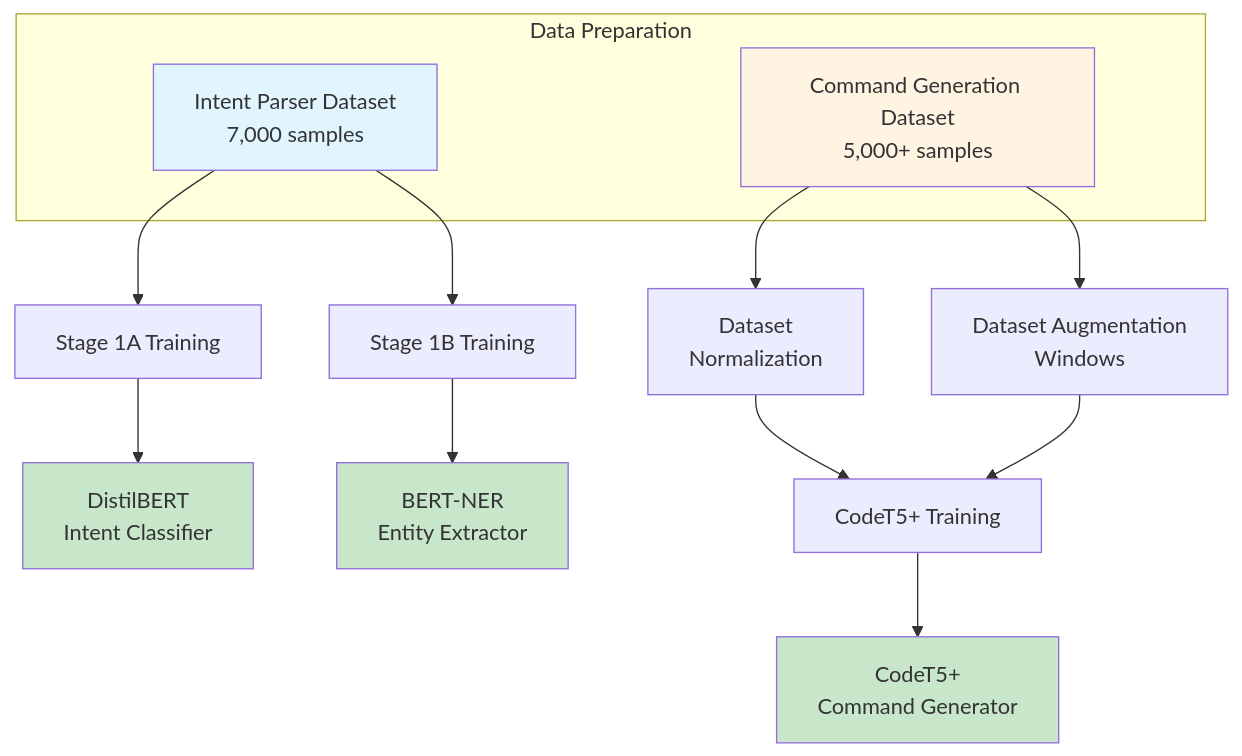
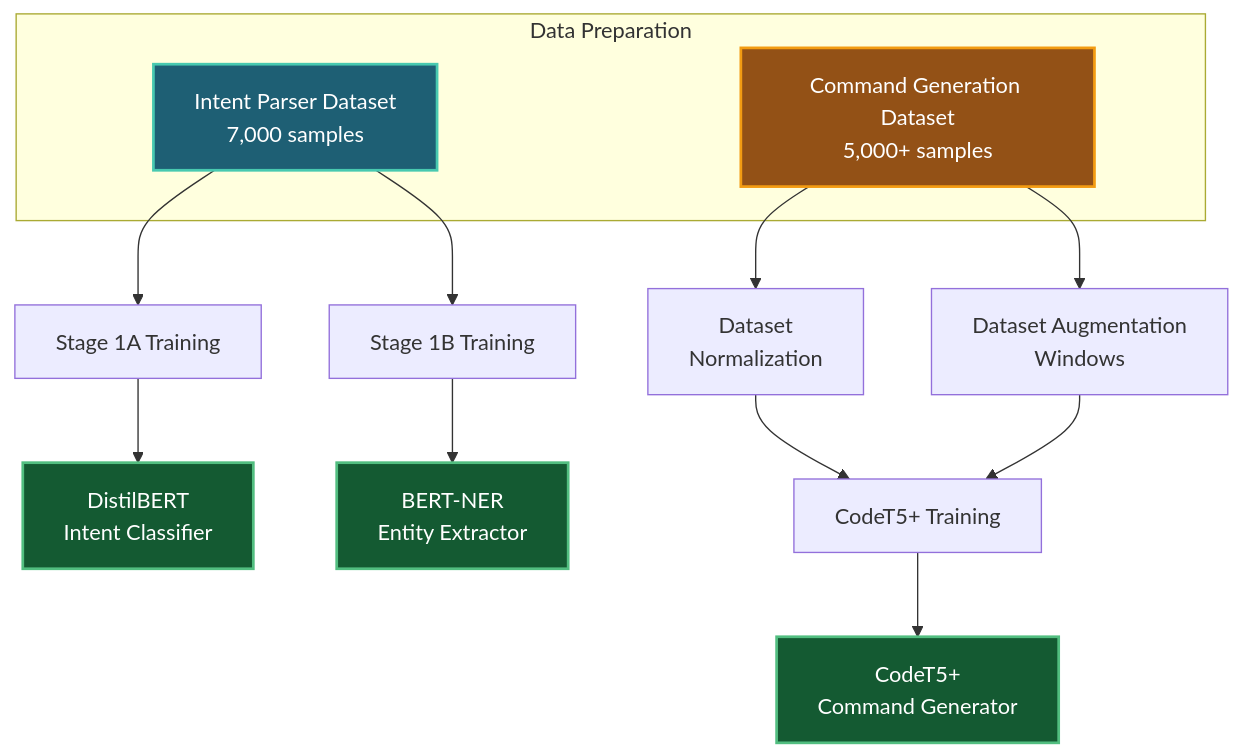
The second of 7 diagrams in docs/ARCHITECTURE_DIAGRAM.md (sumit-s-nair/contAIner), drawn with Mermaid before and after one commit. The commit also changed other lines of this file and 2 other files, not shown here.

Commit message:
docs: update architecture diagrams with new color scheme

````diff
--- a/docs/ARCHITECTURE_DIAGRAM.md
+++ b/docs/ARCHITECTURE_DIAGRAM.md
@@ -65,27 +65,27 @@
 ```mermaid
 flowchart TD
     subgraph Datasets["Data Preparation"]
         IntentData["Intent Parser Dataset\n7,000 samples"]
         CommandData["Command Generation Dataset\n5,000+ samples"]
     end
     
     IntentData --> Stage1ATrain["Stage 1A Training"]
     IntentData --> Stage1BTrain["Stage 1B Training"]
     
     Stage1ATrain --> Model1A["DistilBERT\nIntent Classifier"]
     Stage1BTrain --> Model1B["BERT-NER\nEntity Extractor"]
     
     CommandData --> Normalize["Dataset\nNormalization"]
     CommandData --> Augment["Dataset Augmentation\nWindows"]
     
     Normalize --> CodeT5Train["CodeT5+ Training"]
     Augment --> CodeT5Train
     
     CodeT5Train --> Model2["CodeT5+\nCommand Generator"]
     
-    style IntentData fill:#e1f5ff
-    style CommandData fill:#fff4e1
-    style Model1A fill:#c8e6c9
-    style Model1B fill:#c8e6c9
-    style Model2 fill:#c8e6c9
+    style IntentData fill:#1e5f74,stroke:#48c9b0,stroke-width:2px,color:#fff
+    style CommandData fill:#935116,stroke:#f39c12,stroke-width:2px,color:#fff
+    style Model1A fill:#145a32,stroke:#52be80,stroke-width:2px,color:#fff
+    style Model1B fill:#145a32,stroke:#52be80,stroke-width:2px,color:#fff
+    style Model2 fill:#145a32,stroke:#52be80,stroke-width:2px,color:#fff
 ```
````
